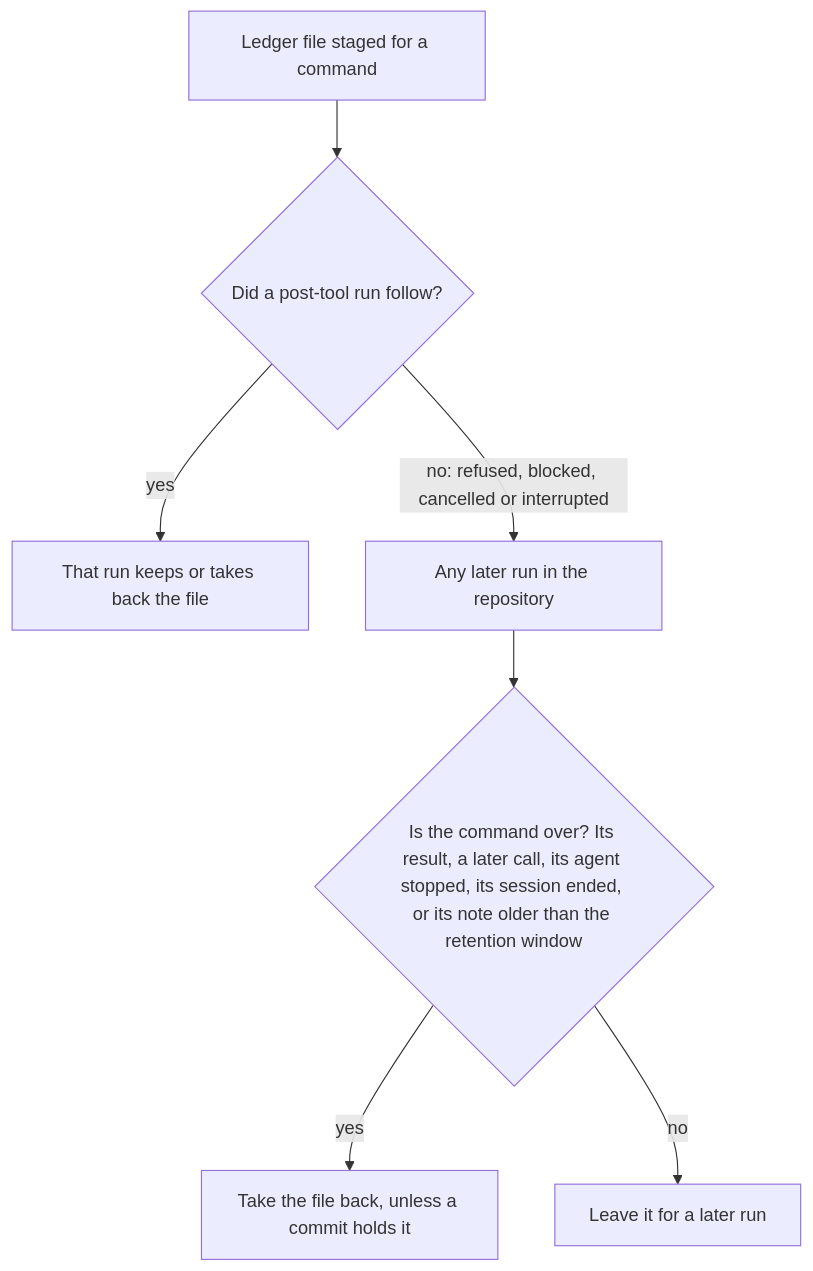
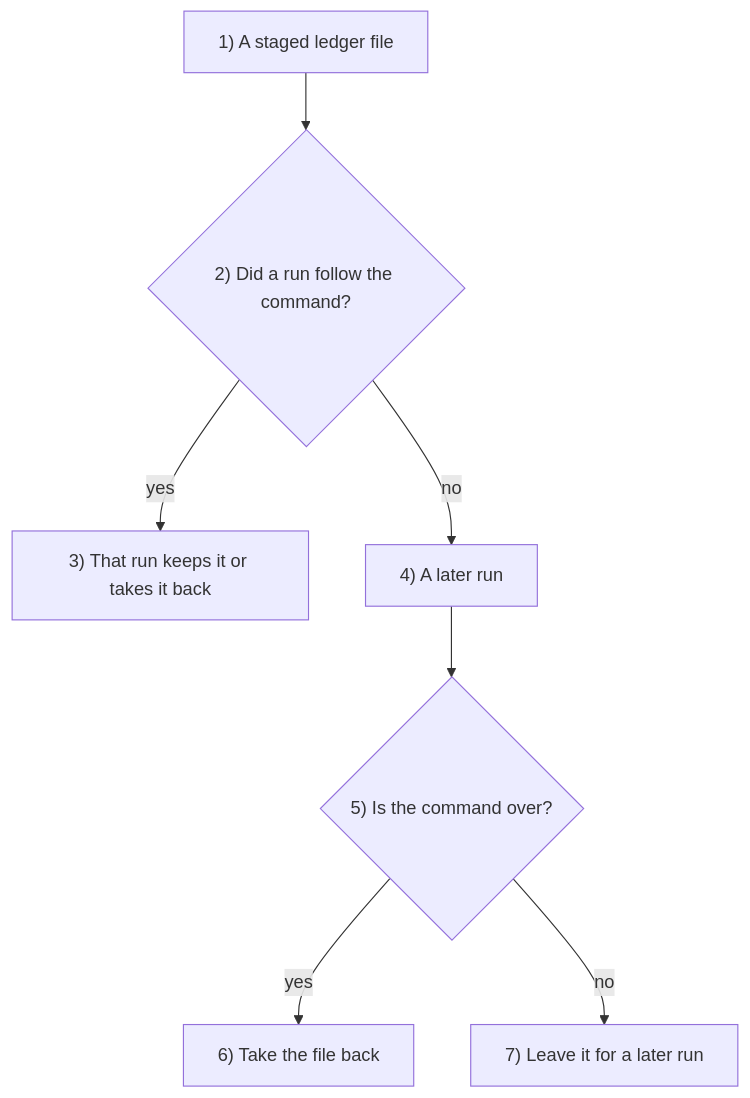
The sixth of 10 diagrams in docs/how-it-works.md (niko-kotiniemi-oss/agentic-pr-cost-calculator), drawn with Mermaid before and after one commit. The commit also changed other lines of this file and 10 other files, not shown here.

First line of the commit message:
Number and explain every diagram, and draw one on each feature page

````diff
--- a/docs/how-it-works.md
+++ b/docs/how-it-works.md
@@ -232,9 +290,9 @@
 ```mermaid
 flowchart TD
-  A[Ledger file staged for a command] --> B{Did a post-tool run follow?}
-  B -->|yes| C[That run keeps or takes back the file]
-  B -->|no: refused, blocked, cancelled or interrupted| D[Any later run in the repository]
-  D --> E{Is the command over? Its result, a later call, its agent stopped, its session ended, or its note older than the retention window}
-  E -->|yes| F[Take the file back, unless a commit holds it]
-  E -->|no| G[Leave it for a later run]
+  A["1) A staged ledger file"] --> B{"2) Did a run follow the command?"}
+  B -->|yes| C["3) That run keeps it or takes it back"]
+  B -->|no| D["4) A later run"]
+  D --> E{"5) Is the command over?"}
+  E -->|yes| F["6) Take the file back"]
+  E -->|no| G["7) Leave it for a later run"]
 ```
````
